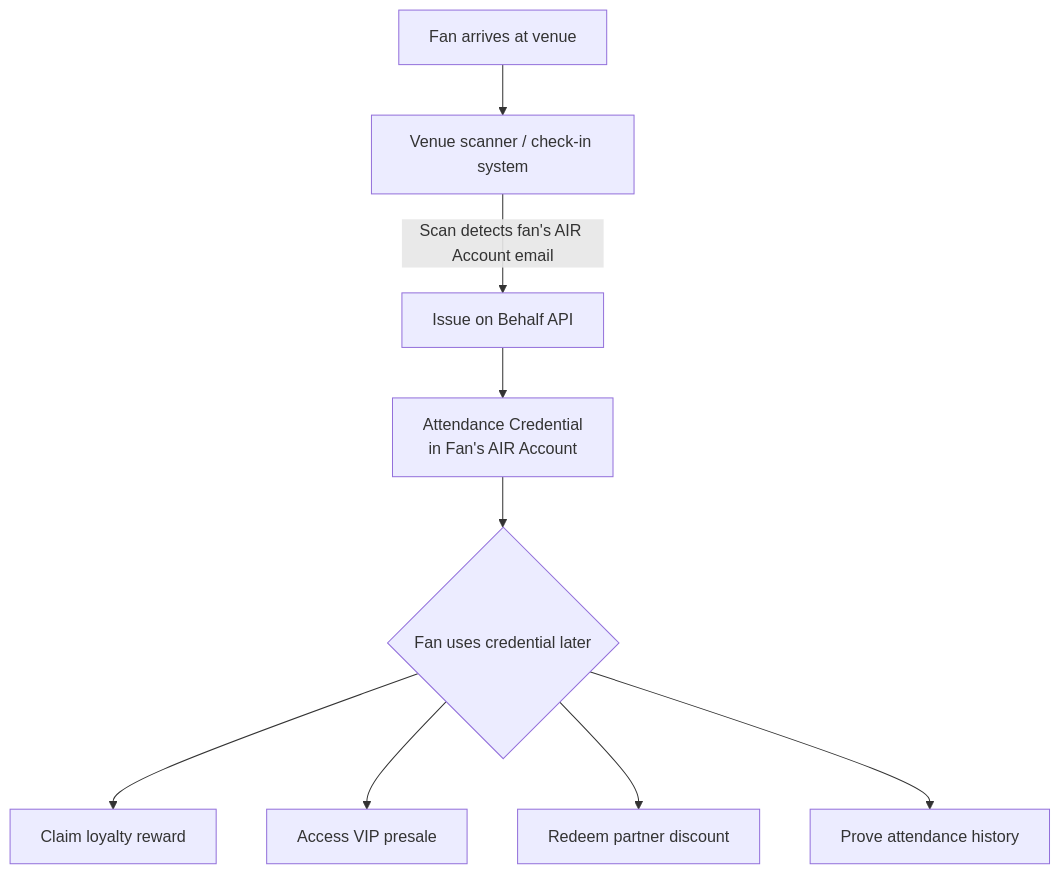
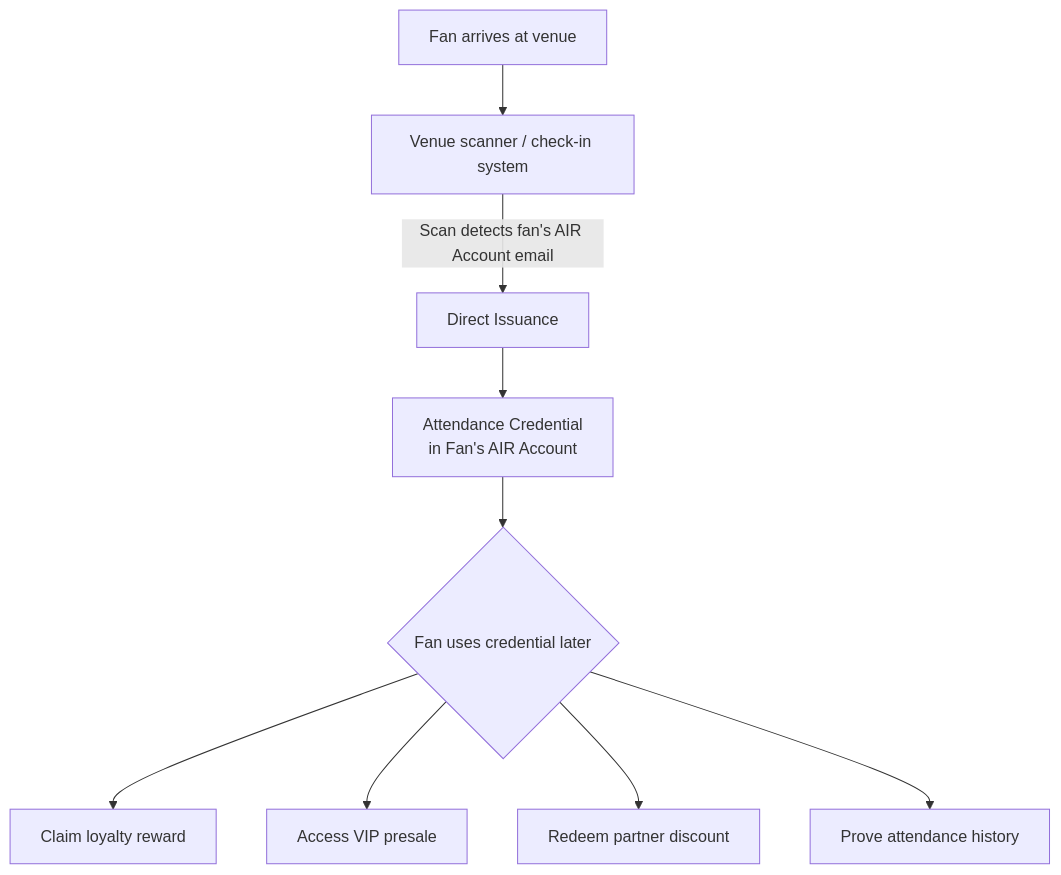
Before and after one commit to MocaNetwork/docs: the diagram in airkit/guides/air-for-ticketing.mdx, drawn with Mermaid. The commit also changed other lines of this file and 41 other files, not shown here.

First line of the commit message:
Upgrade docs for signature-based, issuer-sovereign architecture (#22)

````diff
--- a/airkit/guides/air-for-ticketing.mdx
+++ b/airkit/guides/air-for-ticketing.mdx
@@ -19,12 +19,12 @@
 ```mermaid
 graph TD
     A[Fan arrives at venue] --> B["Venue scanner / check-in system"]
-    B -->|"Scan detects fan's AIR Account email"| C[Issue on Behalf API]
+    B -->|"Scan detects fan's AIR Account email"| C[Direct Issuance]
     C --> D["Attendance Credential\nin Fan's AIR Account"]
 
     D --> E{Fan uses credential later}
     E --> F[Claim loyalty reward]
     E --> G[Access VIP presale]
     E --> H[Redeem partner discount]
     E --> I[Prove attendance history]
 ```
````
